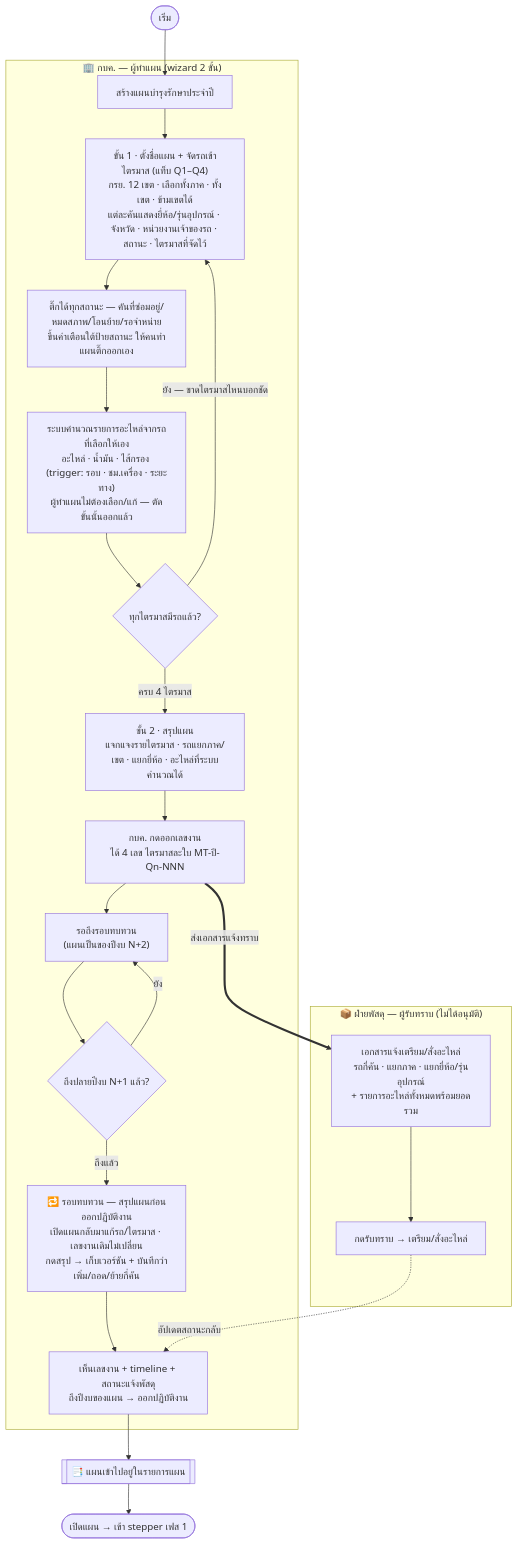
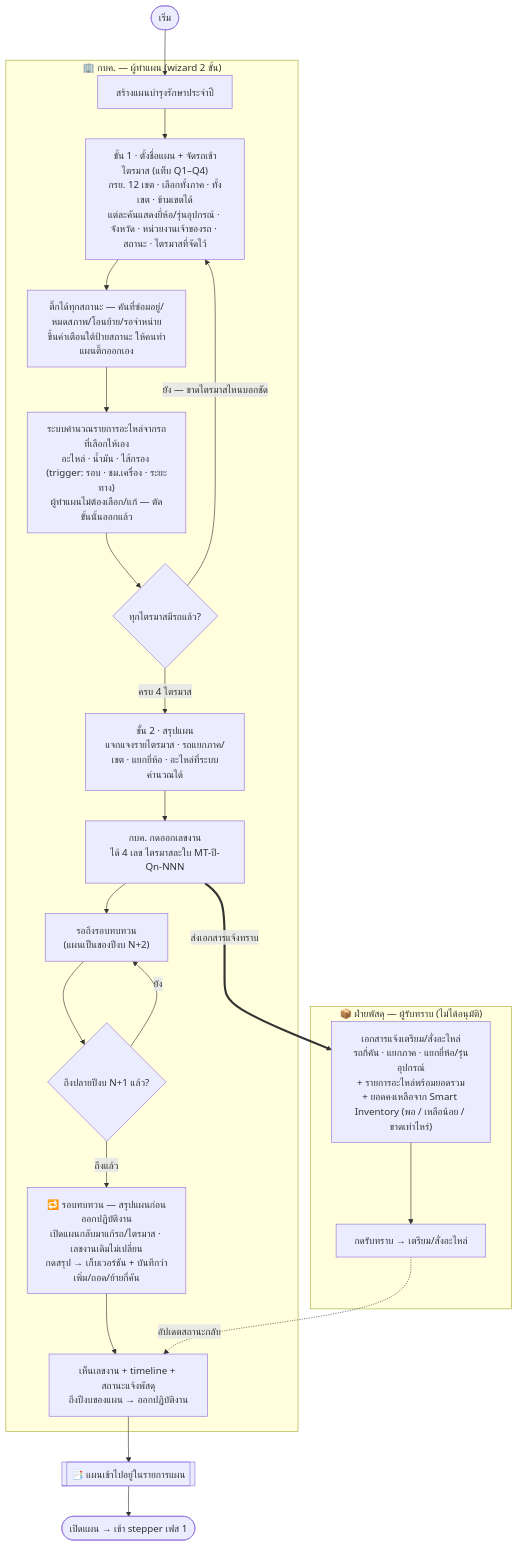
Before and after one commit to anugmail/Maintenance-Request-Form: the diagram in Diagram/01-บำรุงรักษาตามวาระ/01-ออกเลขงาน.md, drawn with Mermaid. The commit also changed 8 other files, not shown here.

First line of the commit message:
feat(บำรุงรักษา): แสดงอะไหล่คงเหลือจาก Smart Inventory คู่กับยอดที่ต้องใช้

````diff
--- a/Diagram/01-บำรุงรักษาตามวาระ/01-ออกเลขงาน.md
+++ b/Diagram/01-บำรุงรักษาตามวาระ/01-ออกเลขงาน.md
@@ -24,32 +24,32 @@
 ```mermaid
 flowchart TB
     S([เริ่ม])
 
     subgraph KBK["🏢 กบค. — ผู้ทำแผน (wizard 2 ขั้น)"]
         A[สร้างแผนบำรุงรักษาประจำปี]
         A --> B["ขั้น 1 · ตั้งชื่อแผน + จัดรถเข้าไตรมาส (แท็บ Q1–Q4)<br/>กรย. 12 เขต · เลือกทั้งภาค · ทั้งเขต · ข้ามเขตได้<br/>แต่ละคันแสดงยี่ห้อ/รุ่นอุปกรณ์ · จังหวัด · หน่วยงานเจ้าของรถ · สถานะ · ไตรมาสที่จัดไว้"]
         B --> B2["ติ๊กได้ทุกสถานะ — คันที่ซ่อมอยู่/หมดสภาพ/โอนย้าย/รอจำหน่าย<br/>ขึ้นคำเตือนใต้ป้ายสถานะ ให้คนทำแผนติ๊กออกเอง"]
         B2 --> C["ระบบคำนวณรายการอะไหล่จากรถที่เลือกให้เอง<br/>อะไหล่ · น้ำมัน · ไส้กรอง (trigger: รอบ · ชม.เครื่อง · ระยะทาง)<br/>ผู้ทำแผนไม่ต้องเลือก/แก้ — ตัดขั้นนั้นออกแล้ว"]
         C --> CQ{"ทุกไตรมาสมีรถแล้ว?"}
         CQ -->|"ยัง — ขาดไตรมาสไหนบอกชัด"| B
         CQ -->|ครบ 4 ไตรมาส| D["ขั้น 2 · สรุปแผน<br/>แจกแจงรายไตรมาส · รถแยกภาค/เขต · แยกยี่ห้อ · อะไหล่ที่ระบบคำนวณได้"]
         D --> E["กบค. กดออกเลขงาน<br/>ได้ 4 เลข ไตรมาสละใบ MT-ปี-Qn-NNN"]
         E --> W["รอถึงรอบทบทวน<br/>(แผนเป็นของปีงบ N+2)"]
         W --> RV{"ถึงปลายปีงบ N+1 แล้ว?"}
         RV -->|ยัง| W
         RV -->|ถึงแล้ว| R1["🔁 รอบทบทวน — สรุปแผนก่อนออกปฏิบัติงาน<br/>เปิดแผนกลับมาแก้รถ/ไตรมาส · เลขงานเดิมไม่เปลี่ยน<br/>กดสรุป → เก็บเวอร์ชัน + บันทึกว่าเพิ่ม/ถอด/ย้ายกี่คัน"]
         R1 --> J[เห็นเลขงาน + timeline + สถานะแจ้งพัสดุ<br/>ถึงปีงบของแผน → ออกปฏิบัติงาน]
     end
 
     subgraph PSD["📦 ฝ่ายพัสดุ — ผู้รับทราบ (ไม่ได้อนุมัติ)"]
-        F["เอกสารแจ้งเตรียม/สั่งอะไหล่<br/>รถกี่คัน · แยกภาค · แยกยี่ห้อ/รุ่นอุปกรณ์<br/>+ รายการอะไหล่ทั้งหมดพร้อมยอดรวม"]
+        F["เอกสารแจ้งเตรียม/สั่งอะไหล่<br/>รถกี่คัน · แยกภาค · แยกยี่ห้อ/รุ่นอุปกรณ์<br/>+ รายการอะไหล่พร้อมยอดรวม<br/>+ ยอดคงเหลือจาก Smart Inventory (พอ / เหลือน้อย / ขาดเท่าไหร่)"]
         G[กดรับทราบ → เตรียม/สั่งอะไหล่]
         F --> G
     end
 
     S --> A
     E ==>|ส่งเอกสารแจ้งทราบ| F
     G -. อัปเดตสถานะกลับ .-> J
     J --> L[["📑 แผนเข้าไปอยู่ในรายการแผน"]]
     L --> Z(["เปิดแผน → เข้า stepper เฟส 1"])
 ```
````
